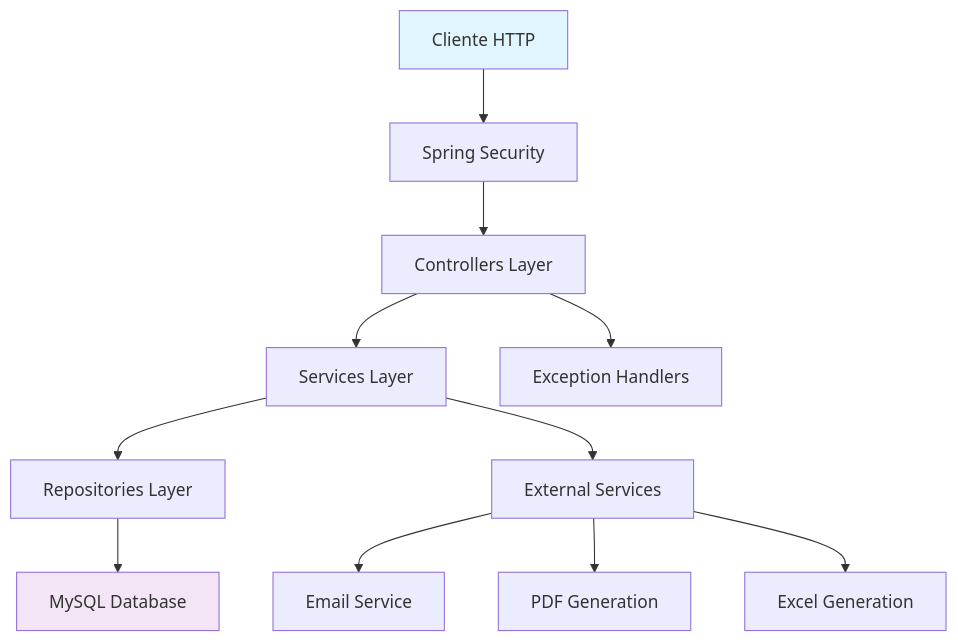
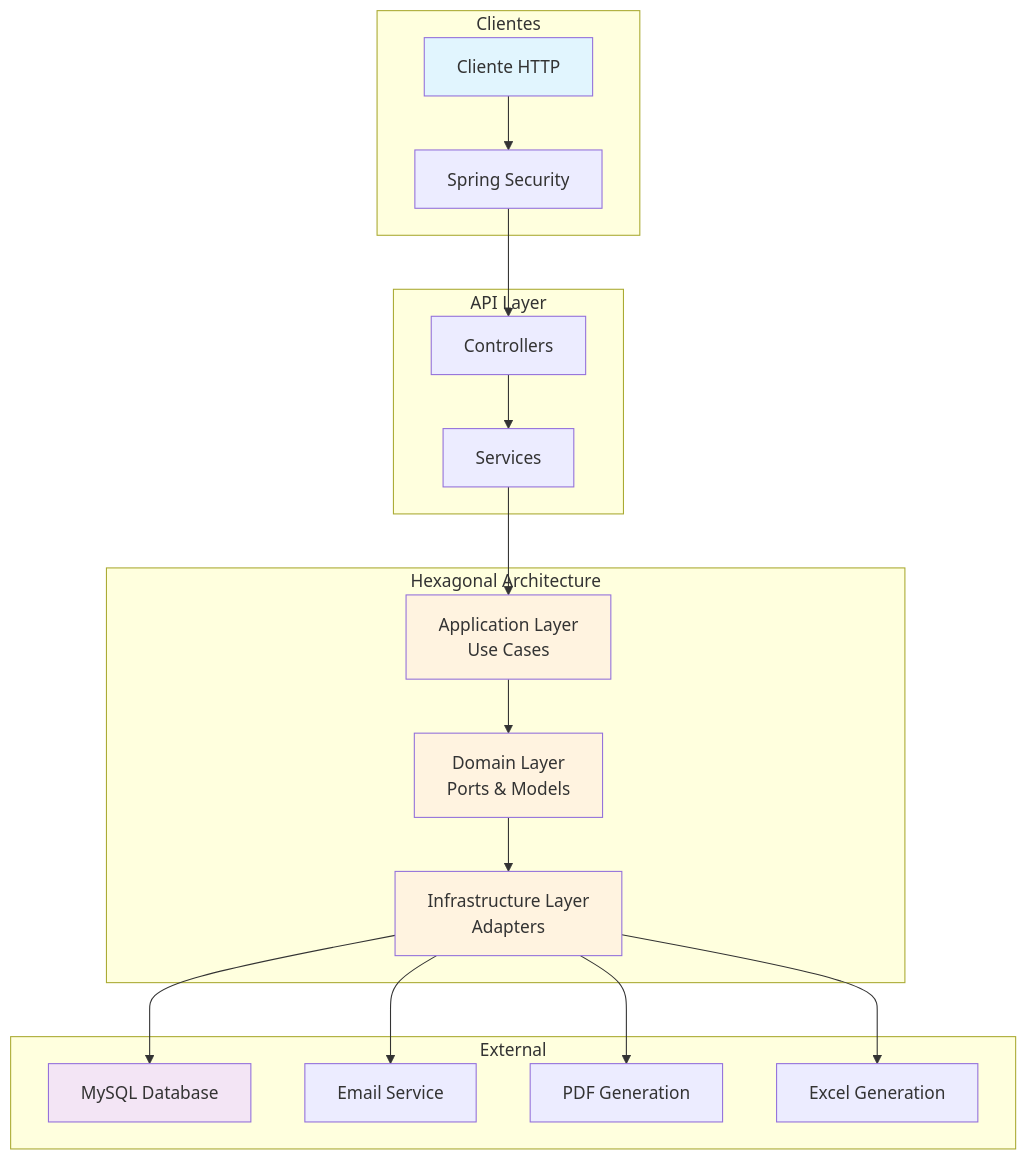
One commit to UM-services/UM.facultad.core-service changed the diagram in docs/diagrams/arquitectura-facultad-service.mmd. Above: the diagram before and after it, drawn with Mermaid. The commit also changed 161 other files, not shown here.

```diff
--- a/docs/diagrams/arquitectura-facultad-service.mmd
+++ b/docs/diagrams/arquitectura-facultad-service.mmd
@@ -1,15 +1,28 @@
 graph TB
-    A[Cliente HTTP] --> B[Spring Security]
-    B --> C[Controllers Layer]
-    C --> D[Services Layer]
-    D --> E[Repositories Layer]
-    E --> F[MySQL Database]
+    subgraph "Clientes"
+        A[Cliente HTTP] --> B[Spring Security]
+    end
 
-    C --> G[Exception Handlers]
-    D --> H[External Services]
-    H --> I[Email Service]
-    H --> J[PDF Generation]
-    H --> K[Excel Generation]
+    subgraph "API Layer"
+        B --> C[Controllers]
+        C --> D[Services]
+    end
+
+    subgraph "Hexagonal Architecture"
+        D --> E[Application Layer<br/>Use Cases]
+        E --> F[Domain Layer<br/>Ports & Models]
+        F --> G[Infrastructure Layer<br/>Adapters]
+    end
+
+    subgraph "External"
+        G --> H[MySQL Database]
+        G --> I[Email Service]
+        G --> J[PDF Generation]
+        G --> K[Excel Generation]
+    end
 
     style A fill:#e1f5fe
-    style F fill:#f3e5f5
+    style H fill:#f3e5f5
+    style E fill:#fff3e0
+    style F fill:#fff3e0
+    style G fill:#fff3e0
```
